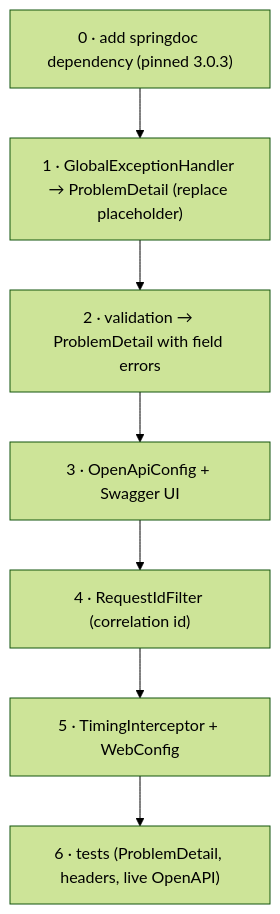
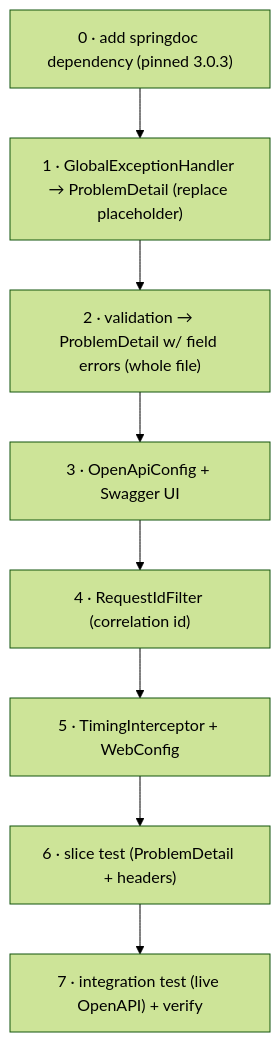
Before and after one commit to ramishtaha/build-a-bank: the third of 4 diagrams in steps/step-13/lesson.md, drawn with Mermaid (forest theme). The commit also changed other lines of this file and 3 other files, not shown here.

````diff
--- a/steps/step-13/lesson.md
+++ b/steps/step-13/lesson.md
@@ -242,9 +371,10 @@
 ```mermaid
 flowchart TB
     d["0 · add springdoc dependency (pinned 3.0.3)"] --> g["1 · GlobalExceptionHandler → ProblemDetail (replace placeholder)"]
-    g --> v["2 · validation → ProblemDetail with field errors"]
+    g --> v["2 · validation → ProblemDetail w/ field errors (whole file)"]
     v --> o["3 · OpenApiConfig + Swagger UI"]
     o --> f["4 · RequestIdFilter (correlation id)"]
     f --> i["5 · TimingInterceptor + WebConfig"]
-    i --> t["6 · tests (ProblemDetail, headers, live OpenAPI)"]
+    i --> t6["6 · slice test (ProblemDetail + headers)"]
+    t6 --> t7["7 · integration test (live OpenAPI) + verify"]
 ```
````
